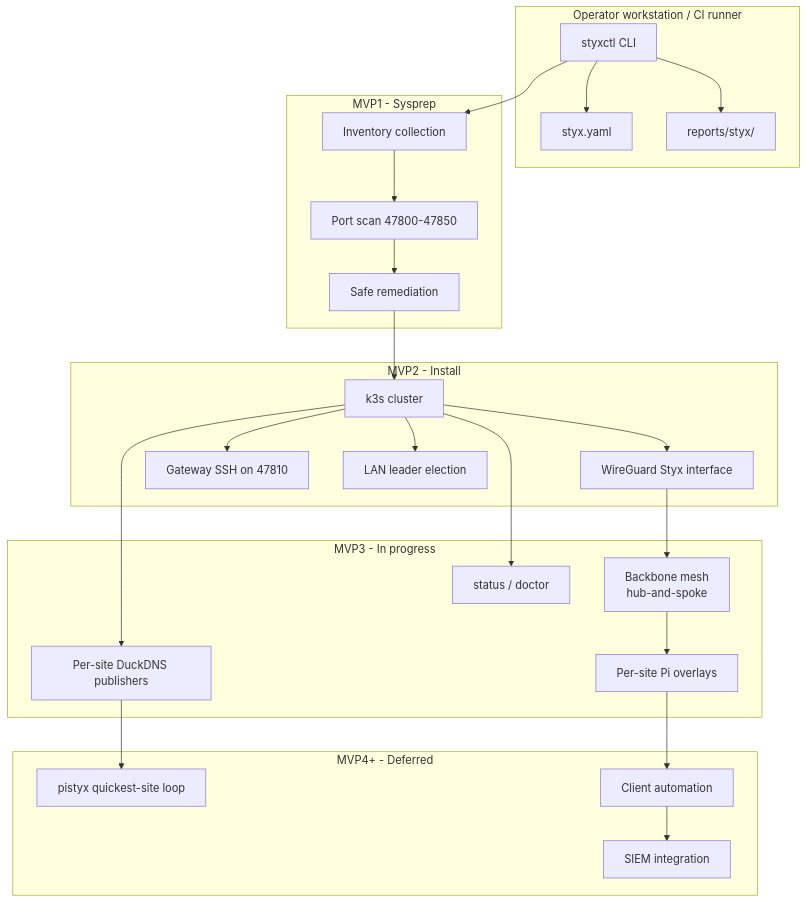
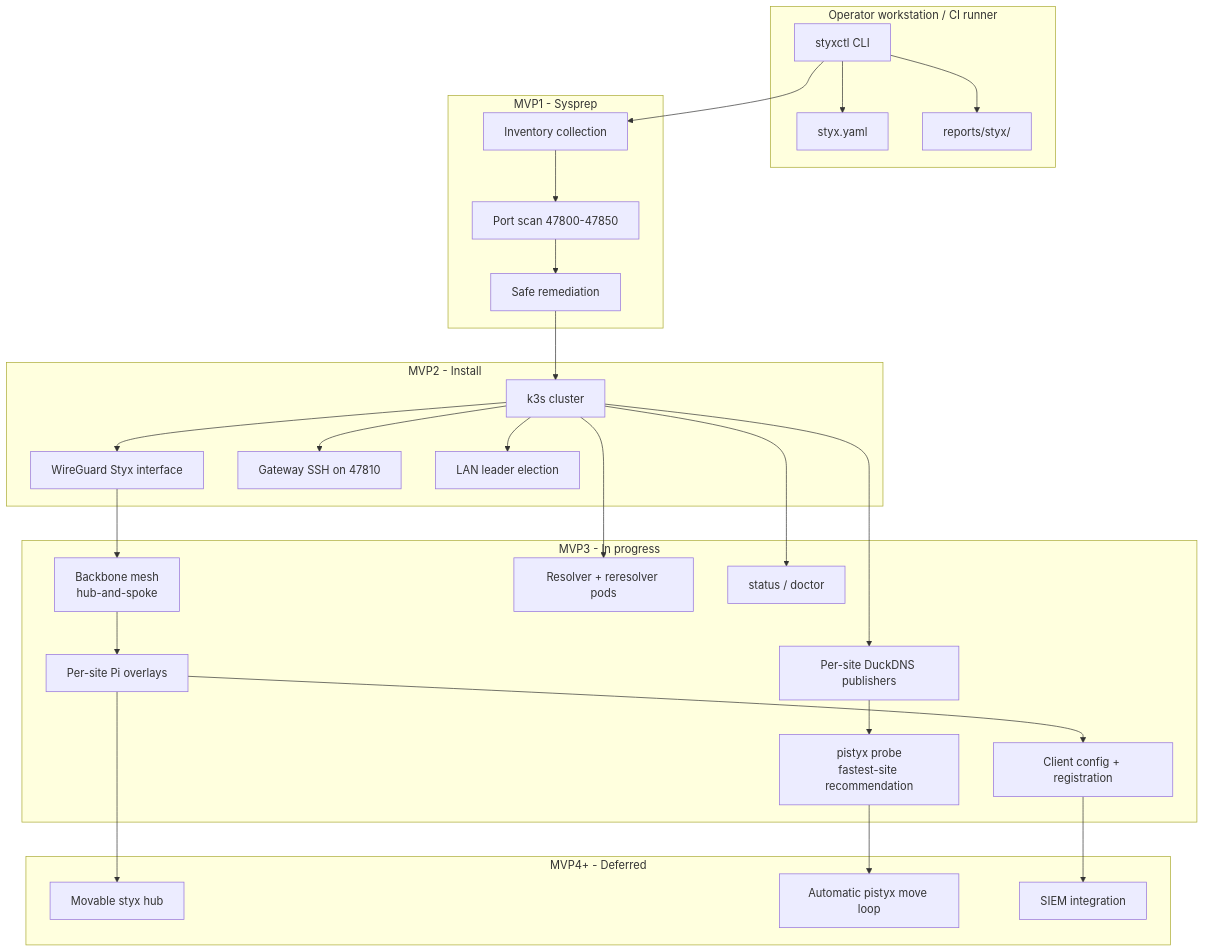
Before and after one commit to BradyWill42/styx: the diagram in README.md, drawn with Mermaid. The commit also changed other lines of this file and 10 other files, not shown here.

Commit message:
Add pistyx probe and client registration

````diff
--- a/README.md
+++ b/README.md
@@ -55,50 +55,56 @@
 ```mermaid
 flowchart TB
     subgraph operator["Operator workstation / CI runner"]
         CLI["styxctl CLI"]
         CFG["styx.yaml"]
         RPT["reports/styx/"]
     end
 
     subgraph mvp1["MVP1 - Sysprep"]
         INV["Inventory collection"]
         PORTS["Port scan 47800-47850"]
         SAFE["Safe remediation"]
     end
 
     subgraph mvp2["MVP2 - Install"]
         K3S["k3s cluster"]
         WG["WireGuard Styx interface"]
         SSH["Gateway SSH on 47810"]
         LAN["LAN leader election"]
     end
 
     subgraph mvp3["MVP3 - In progress"]
         MESH["Backbone mesh\nhub-and-spoke"]
         SITEWG["Per-site Pi overlays"]
         DNS["Per-site DuckDNS publishers"]
+        PODS["Resolver + reresolver pods"]
         HEALTH["status / doctor"]
+        PISTYX["pistyx probe\nfastest-site recommendation"]
+        CLIENT["Client config + registration"]
     end
 
     subgraph future["MVP4+ - Deferred"]
-        PISTYX["pistyx quickest-site loop"]
-        CLIENT["Client automation"]
+        STYXHUB["Movable styx hub"]
+        AUTOLOOP["Automatic pistyx move loop"]
         SIEM["SIEM integration"]
     end
 
     CLI --> CFG
     CLI --> INV --> PORTS
     PORTS --> SAFE
     SAFE --> K3S
     K3S --> SSH
     K3S --> LAN
     K3S --> WG
     WG --> MESH
     K3S --> DNS
+    K3S --> PODS
     K3S --> HEALTH
     CLI --> RPT
     MESH --> SITEWG
     DNS --> PISTYX
     SITEWG --> CLIENT
+    PISTYX --> AUTOLOOP
+    SITEWG --> STYXHUB
     CLIENT --> SIEM
 ```
````
